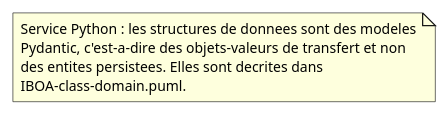
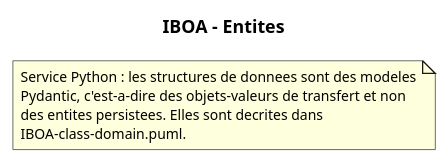
One commit to saber-barhoumi/Xpark-gmao changed the diagram in docs/diagrams/microservices/IBOA/IBOA-entities.puml. Above: the diagram before and after it, drawn with PlantUML. The commit also changed 3 other files, not shown here.

```diff
--- a/docs/diagrams/microservices/IBOA/IBOA-entities.puml
+++ b/docs/diagrams/microservices/IBOA/IBOA-entities.puml
@@ -1,18 +1,18 @@
 @startuml
 skinparam style strictuml
 skinparam packageStyle rectangle
 skinparam classAttributeIconSize 0
 skinparam shadowing false
 skinparam defaultFontName Verdana
 skinparam defaultFontSize 11
 skinparam backgroundColor #FFFFFF
 hide empty members
-
+title IBOA - Entites
 note as N
   Service Python : les structures de donnees sont des modeles
   Pydantic, c'est-a-dire des objets-valeurs de transfert et non
   des entites persistees. Elles sont decrites dans
   IBOA-class-domain.puml.
 end note
 
 @enduml
```
